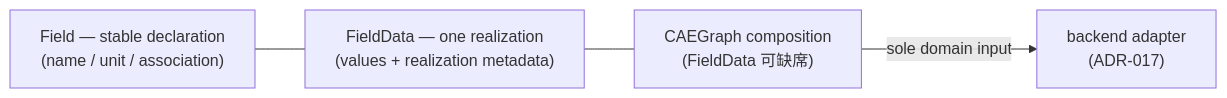
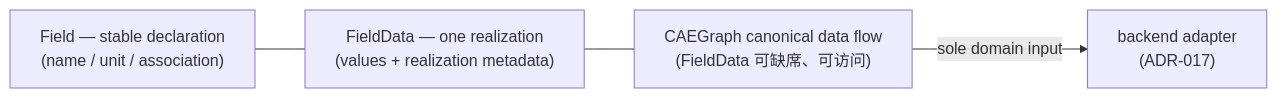
One commit to XYChouMian/caegraph changed the diagram in architecture/decisions/ADR-020-field-declaration-realization-split.md. Above: the diagram before and after it, drawn with Mermaid. The commit also changed other lines of this file and 5 other files, not shown here.

````diff
--- a/architecture/decisions/ADR-020-field-declaration-realization-split.md
+++ b/architecture/decisions/ADR-020-field-declaration-realization-split.md
@@ -18,8 +18,8 @@
 ```mermaid
 flowchart LR
     F["Field — stable declaration<br>(name / unit / association)"] --- R["FieldData — one realization<br>(values + realization metadata)"]
-    R --- G["CAEGraph composition<br>(FieldData 可缺席)"]
+    R --- G["CAEGraph canonical data flow<br>(FieldData 可缺席、可访问)"]
     G -->|"sole domain input"| AD["backend adapter<br>(ADR-017)"]
     classDef nowrap white-space:nowrap
     class F,R,G,AD nowrap
 ```
````
